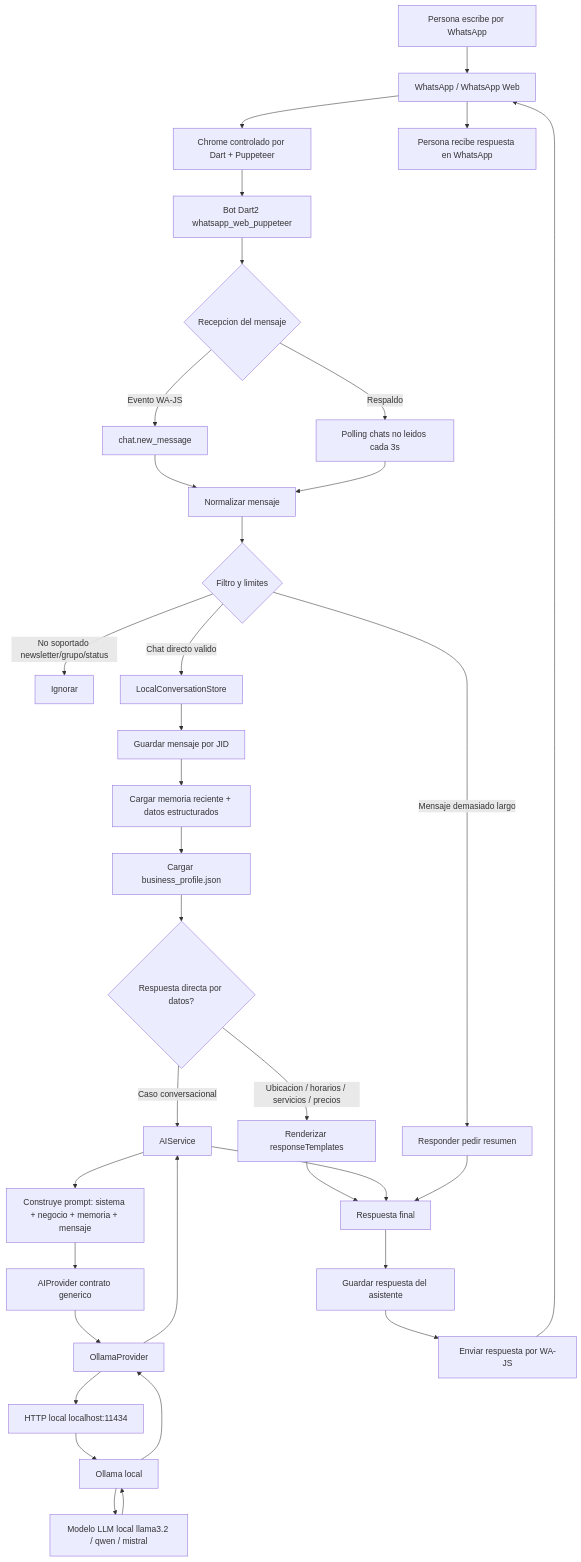
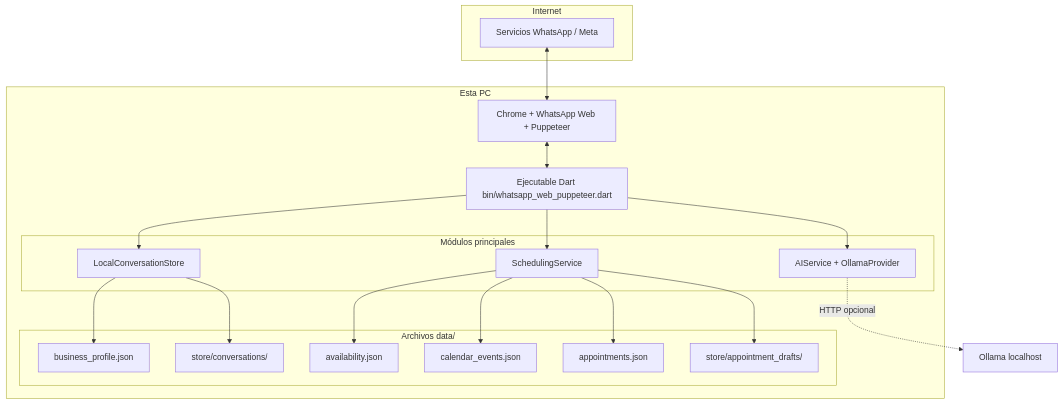
Before and after one commit to kei-kusanagi/Bot-Assistant-Workshop: the first of 4 diagrams in Dart2/DOCS/AI_WHATSAPP_FLOW_DIAGRAM.md, drawn with Mermaid. The commit also changed other lines of this file and 2 other files, not shown here.

Commit message:
docs(dart2): refresh WhatsApp flow diagrams and README links

````diff
--- a/Dart2/DOCS/AI_WHATSAPP_FLOW_DIAGRAM.md
+++ b/Dart2/DOCS/AI_WHATSAPP_FLOW_DIAGRAM.md
@@ -11,42 +12,37 @@
 ```mermaid
-flowchart TD
-    A[Persona escribe por WhatsApp] --> B[WhatsApp / WhatsApp Web]
-    B --> C[Chrome controlado por Dart + Puppeteer]
-    C --> D[Bot Dart2 whatsapp_web_puppeteer]
+flowchart TB
+    subgraph externos [Internet]
+      WS[Servicios WhatsApp / Meta]
+    end
 
-    D --> E{Recepcion del mensaje}
-    E -->|Evento WA-JS| F[chat.new_message]
-    E -->|Respaldo| G[Polling chats no leidos cada 3s]
-    F --> H[Normalizar mensaje]
-    G --> H
+    subgraph maquina [Esta PC]
+      CH[Chrome + WhatsApp Web + Puppeteer]
+      APP[Ejecutable Dart bin/whatsapp_web_puppeteer.dart]
+      subgraph modulos [Módulos principales]
+        ST[LocalConversationStore]
+        SCH[SchedulingService]
+        AI[AIService + OllamaProvider]
+      end
+      subgraph datos [Archivos data/]
+        BP[business_profile.json]
+        AV[availability.json]
+        CE[calendar_events.json]
+        AP[appointments.json]
+        CV[store/conversations/]
+        DR[store/appointment_drafts/]
+      end
+    end
 
-    H --> I{Filtro y limites}
-    I -->|No soportado newsletter/grupo/status| X[Ignorar]
-    I -->|Mensaje demasiado largo| Y[Responder pedir resumen]
-    I -->|Chat directo valido| J[LocalConversationStore]
-
-    J --> K[Guardar mensaje por JID]
-    K --> L[Cargar memoria reciente + datos estructurados]
-    L --> M[Cargar business_profile.json]
-    M --> N{Respuesta directa por datos?}
-
-    N -->|Ubicacion / horarios / servicios / precios| O[Renderizar responseTemplates]
-    N -->|Caso conversacional| P[AIService]
-    P --> Q[Construye prompt: sistema + negocio + memoria + mensaje]
-    Q --> R[AIProvider contrato generico]
-    R --> S[OllamaProvider]
-    S --> T[HTTP local localhost:11434]
-    T --> U[Ollama local]
-    U --> V[Modelo LLM local llama3.2 / qwen / mistral]
-    V --> U
-    U --> S
-    S --> P
-
-    O --> W[Respuesta final]
-    P --> W
-    Y --> W
-    W --> Z[Guardar respuesta del asistente]
-    Z --> AA[Enviar respuesta por WA-JS]
-    AA --> B
-    B --> AB[Persona recibe respuesta en WhatsApp]
+    WS <--> CH
+    CH <--> APP
+    APP --> ST
+    APP --> SCH
+    APP --> AI
+    ST --> BP
+    ST --> CV
+    SCH --> AV
+    SCH --> CE
+    SCH --> AP
+    SCH --> DR
+    AI -.-> |HTTP opcional| OLL[Ollama localhost]
 ```
````
